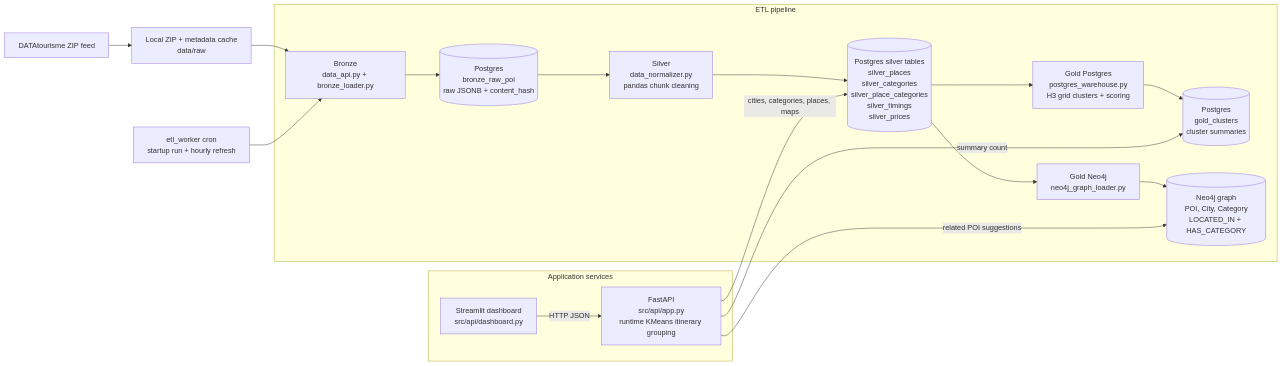
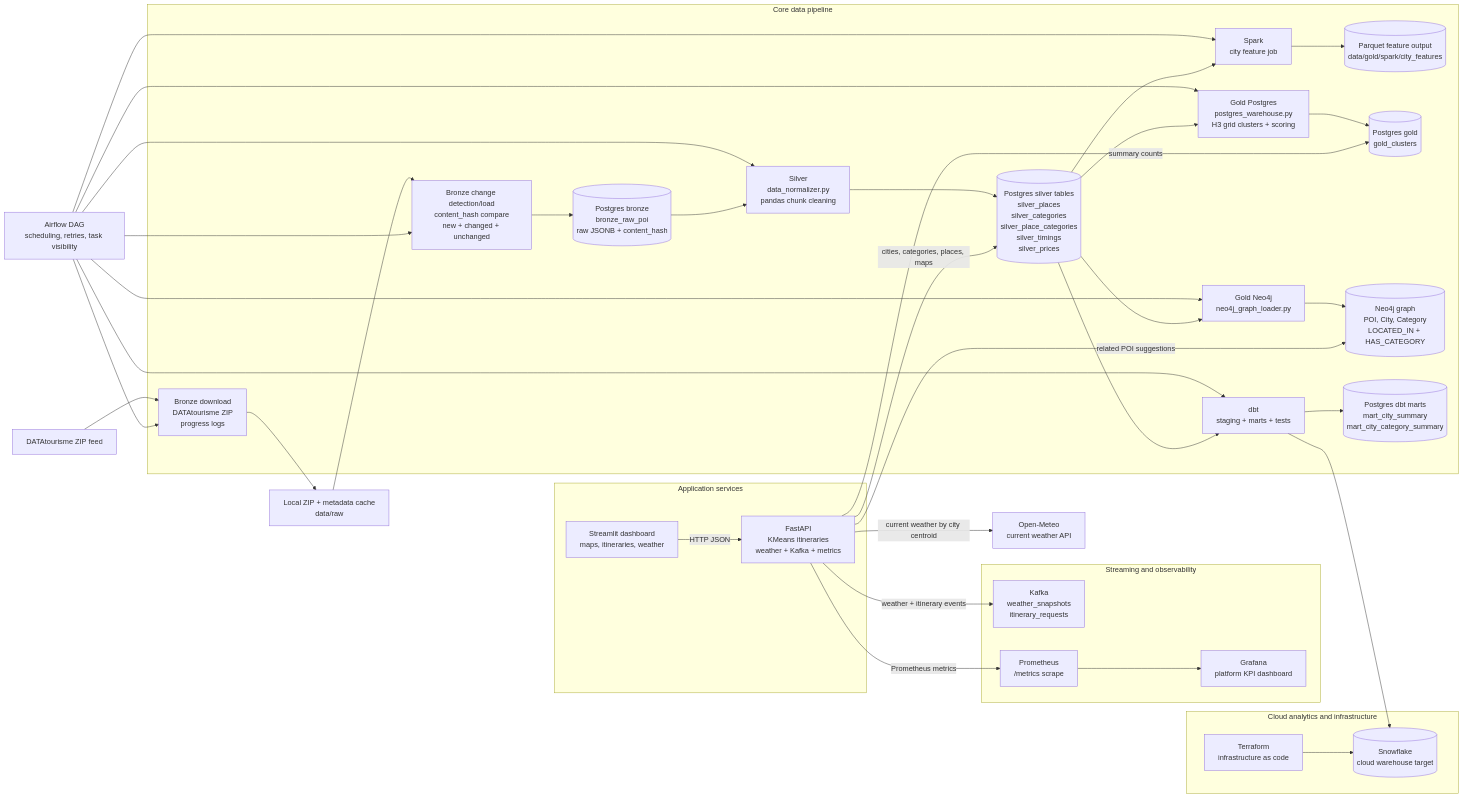
The diagram in architecture.mmd (HassanSalamB/tourism-big-data-recommender), drawn with Mermaid before and after one commit. The commit also changed 75 other files, not shown here.

Commit message:
Build end-to-end tourism big data platform

```diff
--- a/architecture.mmd
+++ b/architecture.mmd
@@ -1,31 +1,63 @@
 flowchart LR
     DATATOURISME["DATAtourisme ZIP feed"]
     CACHE["Local ZIP + metadata cache<br/>data/raw"]
-    CRON["etl_worker cron<br/>startup run + hourly refresh"]
+    AIRFLOW["Airflow DAG<br/>scheduling, retries, task visibility"]
+    WEATHER["Open-Meteo<br/>current weather API"]
 
-    subgraph ETL["ETL pipeline"]
-        BRONZE_CODE["Bronze<br/>data_api.py + bronze_loader.py"]
-        BRONZE_DB[("Postgres<br/>bronze_raw_poi<br/>raw JSONB + content_hash")]
+    subgraph ETL["Core data pipeline"]
+        BRONZE_DOWNLOAD["Bronze download<br/>DATAtourisme ZIP<br/>progress logs"]
+        BRONZE_LOAD["Bronze change detection/load<br/>content_hash compare<br/>new + changed + unchanged"]
+        BRONZE_DB[("Postgres bronze<br/>bronze_raw_poi<br/>raw JSONB + content_hash")]
         SILVER_CODE["Silver<br/>data_normalizer.py<br/>pandas chunk cleaning"]
         SILVER_DB[("Postgres silver tables<br/>silver_places<br/>silver_categories<br/>silver_place_categories<br/>silver_timings<br/>silver_prices")]
+        SPARK["Spark<br/>city feature job"]
+        SPARK_OUT[("Parquet feature output<br/>data/gold/spark/city_features")]
         GOLD_PG_CODE["Gold Postgres<br/>postgres_warehouse.py<br/>H3 grid clusters + scoring"]
-        GOLD_CLUSTER_DB[("Postgres<br/>gold_clusters<br/>cluster summaries")]
+        GOLD_CLUSTER_DB[("Postgres gold<br/>gold_clusters")]
         GOLD_NEO_CODE["Gold Neo4j<br/>neo4j_graph_loader.py"]
         NEO_DB[("Neo4j graph<br/>POI, City, Category<br/>LOCATED_IN + HAS_CATEGORY")]
+        DBT["dbt<br/>staging + marts + tests"]
+        DBT_MARTS[("Postgres dbt marts<br/>mart_city_summary<br/>mart_city_category_summary")]
+    end
+
+    subgraph STREAMING["Streaming and observability"]
+        KAFKA["Kafka<br/>weather_snapshots<br/>itinerary_requests"]
+        PROM["Prometheus<br/>/metrics scrape"]
+        GRAFANA["Grafana<br/>platform KPI dashboard"]
+    end
+
+    subgraph CLOUD["Cloud analytics and infrastructure"]
+        TERRAFORM["Terraform<br/>infrastructure as code"]
+        SNOWFLAKE[("Snowflake<br/>cloud warehouse target")]
     end
 
     subgraph APP["Application services"]
-        FASTAPI["FastAPI<br/>src/api/app.py<br/>runtime KMeans itinerary grouping"]
-        STREAMLIT["Streamlit dashboard<br/>src/api/dashboard.py"]
+        FASTAPI["FastAPI<br/>KMeans itineraries<br/>weather + Kafka + metrics"]
+        STREAMLIT["Streamlit dashboard<br/>maps, itineraries, weather"]
     end
 
-    DATATOURISME --> CACHE --> BRONZE_CODE
-    CRON --> BRONZE_CODE
-    BRONZE_CODE --> BRONZE_DB --> SILVER_CODE --> SILVER_DB
+    DATATOURISME --> BRONZE_DOWNLOAD --> CACHE --> BRONZE_LOAD
+    AIRFLOW --> BRONZE_DOWNLOAD
+    AIRFLOW --> BRONZE_LOAD
+    AIRFLOW --> SILVER_CODE
+    AIRFLOW --> SPARK
+    AIRFLOW --> GOLD_PG_CODE
+    AIRFLOW --> GOLD_NEO_CODE
+    AIRFLOW --> DBT
+
+    BRONZE_LOAD --> BRONZE_DB --> SILVER_CODE --> SILVER_DB
+    SILVER_DB --> SPARK --> SPARK_OUT
     SILVER_DB --> GOLD_PG_CODE --> GOLD_CLUSTER_DB
     SILVER_DB --> GOLD_NEO_CODE --> NEO_DB
+    SILVER_DB --> DBT --> DBT_MARTS
+    DBT --> SNOWFLAKE
+    TERRAFORM --> SNOWFLAKE
 
     STREAMLIT -->|"HTTP JSON"| FASTAPI
     FASTAPI -->|"cities, categories, places, maps"| SILVER_DB
-    FASTAPI -->|"summary count"| GOLD_CLUSTER_DB
+    FASTAPI -->|"summary counts"| GOLD_CLUSTER_DB
     FASTAPI -->|"related POI suggestions"| NEO_DB
+    FASTAPI -->|"current weather by city centroid"| WEATHER
+    FASTAPI -->|"weather + itinerary events"| KAFKA
+    FASTAPI -->|"Prometheus metrics"| PROM
+    PROM --> GRAFANA
```
